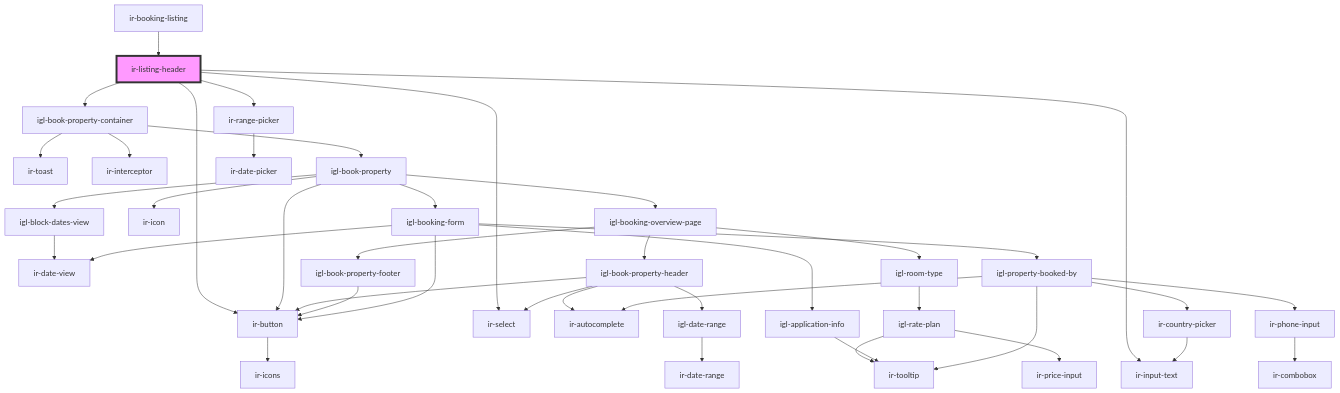
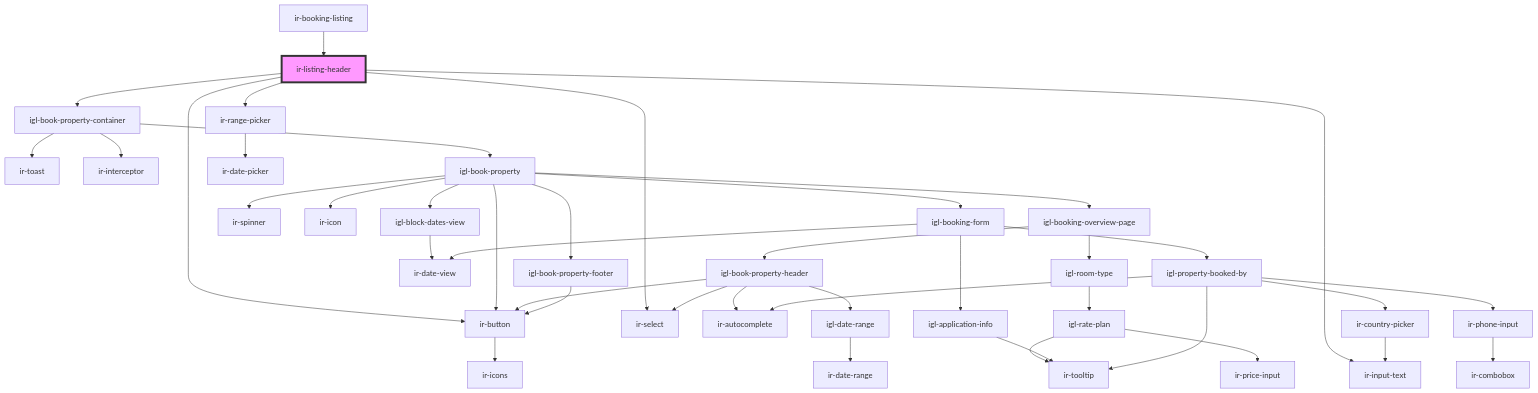
One commit to David1Chowaifaty/modified-ir-webcmp changed the diagram in src/components/ir-booking-listing/ir-listing-header/readme.md. Above: the diagram before and after it, drawn with Mermaid. The commit also changed 17 other files, not shown here.

````diff
--- a/src/components/ir-booking-listing/ir-listing-header/readme.md
+++ b/src/components/ir-booking-listing/ir-listing-header/readme.md
@@ -39,44 +39,44 @@
 ```mermaid
 graph TD;
   ir-listing-header --> igl-book-property-container
   ir-listing-header --> ir-button
   ir-listing-header --> ir-input-text
   ir-listing-header --> ir-select
   ir-listing-header --> ir-range-picker
   igl-book-property-container --> ir-toast
   igl-book-property-container --> ir-interceptor
   igl-book-property-container --> igl-book-property
   igl-book-property --> igl-block-dates-view
-  igl-book-property --> ir-button
+  igl-book-property --> ir-spinner
   igl-book-property --> ir-icon
   igl-book-property --> igl-booking-overview-page
   igl-book-property --> igl-booking-form
+  igl-book-property --> ir-button
+  igl-book-property --> igl-book-property-footer
   igl-block-dates-view --> ir-date-view
-  ir-button --> ir-icons
   igl-booking-overview-page --> igl-book-property-header
   igl-booking-overview-page --> igl-room-type
-  igl-booking-overview-page --> igl-book-property-footer
   igl-book-property-header --> ir-autocomplete
   igl-book-property-header --> ir-select
   igl-book-property-header --> ir-button
   igl-book-property-header --> igl-date-range
+  ir-button --> ir-icons
   igl-date-range --> ir-date-range
   igl-room-type --> igl-rate-plan
   igl-rate-plan --> ir-tooltip
   igl-rate-plan --> ir-price-input
-  igl-book-property-footer --> ir-button
   igl-booking-form --> ir-date-view
   igl-booking-form --> igl-application-info
   igl-booking-form --> igl-property-booked-by
-  igl-booking-form --> ir-button
   igl-application-info --> ir-tooltip
   igl-property-booked-by --> ir-autocomplete
   igl-property-booked-by --> ir-tooltip
   igl-property-booked-by --> ir-country-picker
   igl-property-booked-by --> ir-phone-input
   ir-country-picker --> ir-input-text
   ir-phone-input --> ir-combobox
+  igl-book-property-footer --> ir-button
   ir-range-picker --> ir-date-picker
   ir-booking-listing --> ir-listing-header
   style ir-listing-header fill:#f9f,stroke:#333,stroke-width:4px
 ```
````
